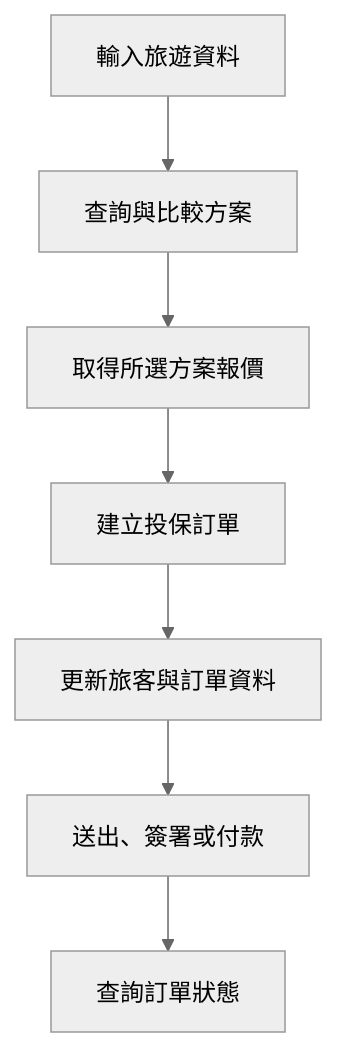
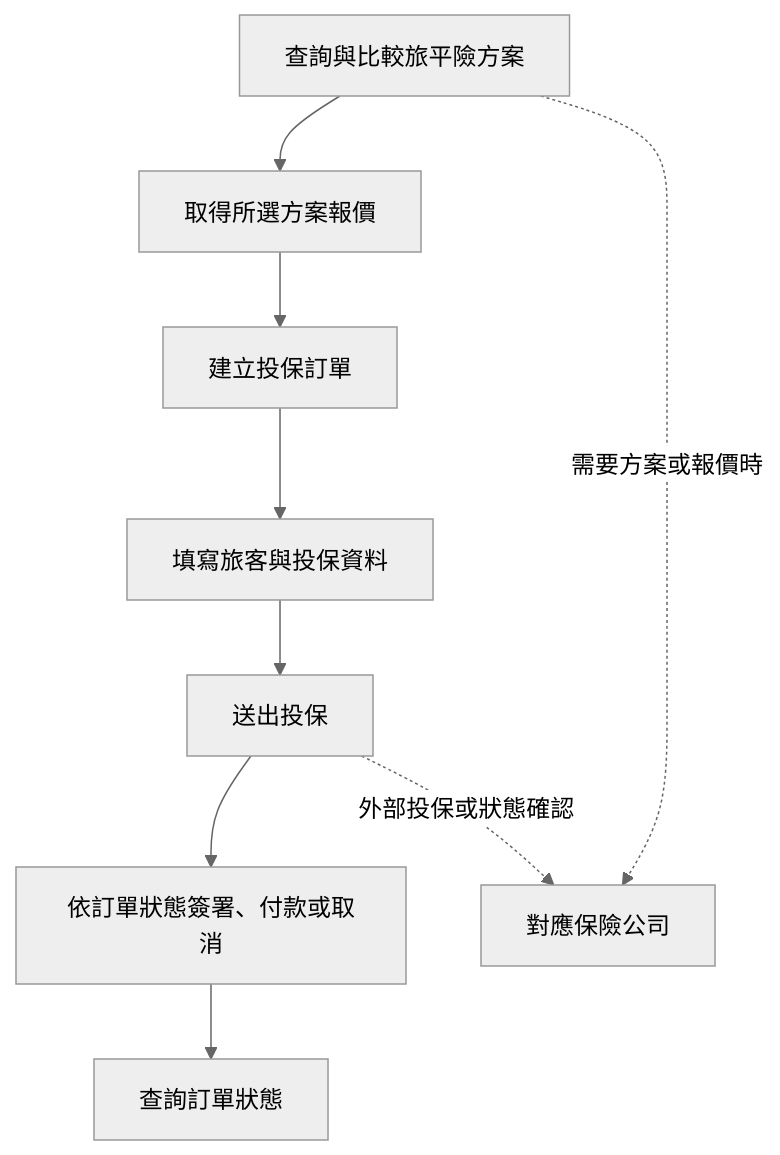
One commit to highhao/insurance-saas-platform changed the third of 3 diagrams in README.md. Above: the diagram before and after it, drawn with Mermaid (neutral theme). The commit also changed other lines of this file, not shown here.

Commit message:
Document insurance service architecture and data migrations

````diff
--- a/README.md
+++ b/README.md
@@ -21,9 +50,11 @@
 ```mermaid
 flowchart TB
-    A[輸入旅遊資料] --> B[查詢與比較方案]
-    B --> C[取得所選方案報價]
-    C --> D[建立投保訂單]
-    D --> E[更新旅客與訂單資料]
-    E --> F[送出、簽署或付款]
+    A[查詢與比較旅平險方案] --> B[取得所選方案報價]
+    B --> C[建立投保訂單]
+    C --> D[填寫旅客與投保資料]
+    D --> E[送出投保]
+    E --> F[依訂單狀態簽署、付款或取消]
     F --> G[查詢訂單狀態]
+    A -. 需要方案或報價時 .-> X[對應保險公司]
+    E -. 外部投保或狀態確認 .-> X
 ```
````
